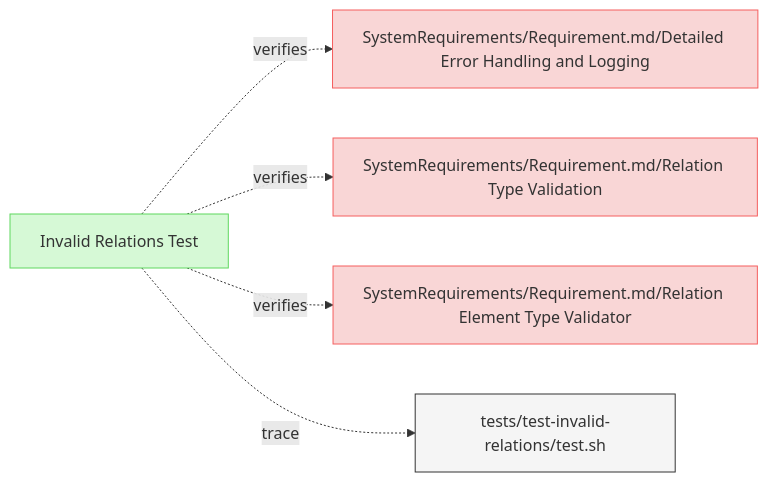
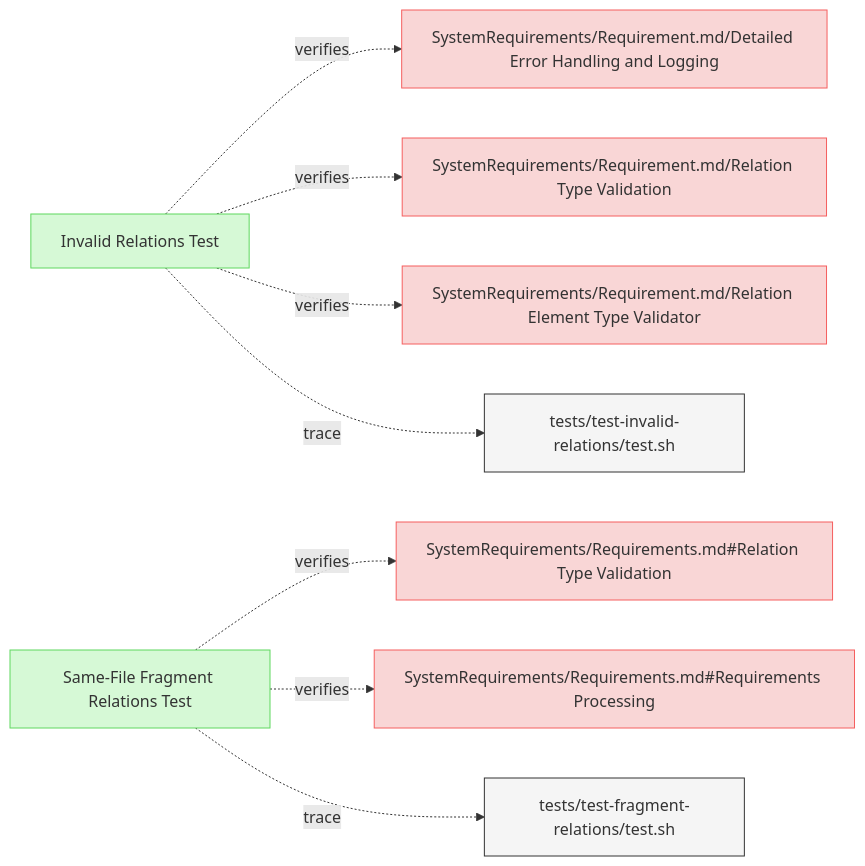
The diagram in specifications/Verifications/ValidationTests.md (reqvire-org/reqvire), drawn with Mermaid before and after one commit. The commit also changed other lines of this file and 3 other files, not shown here.

````diff
--- a/specifications/Verifications/ValidationTests.md
+++ b/specifications/Verifications/ValidationTests.md
@@ -6,28 +6,44 @@
 ```mermaid
 graph LR;
   %% Graph styling
   classDef requirement fill:#f9d6d6,stroke:#f55f5f,stroke-width:1px;
   classDef verification fill:#d6f9d6,stroke:#5fd75f,stroke-width:1px;
   classDef externalLink fill:#d0e0ff,stroke:#3080ff,stroke-width:1px;
   classDef default fill:#f5f5f5,stroke:#333333,stroke-width:1px;
 
   fbf9362574b057dd["Invalid Relations Test"];
   click fbf9362574b057dd "ValidationTests.md#invalid-relations-test";
   class fbf9362574b057dd verification;
   bdfd9d65e46117e7["SystemRequirements/Requirement.md/Detailed Error Handling and Logging"];
   class bdfd9d65e46117e7 requirement;
   click bdfd9d65e46117e7 "../SystemRequirements/Requirements.md#detailed-error-handling-and-logging";
   fbf9362574b057dd -.->|verifies| bdfd9d65e46117e7;
   5870488e00ee4f36["SystemRequirements/Requirement.md/Relation Type Validation"];
   class 5870488e00ee4f36 requirement;
   click 5870488e00ee4f36 "../SystemRequirements/Requirements.md#relation-type-validation";
   fbf9362574b057dd -.->|verifies| 5870488e00ee4f36;
   212d1317cd2b25fc["SystemRequirements/Requirement.md/Relation Element Type Validator"];
   class 212d1317cd2b25fc requirement;
   click 212d1317cd2b25fc "../SystemRequirements/Requirements.md#relation-element-type-validator";
   fbf9362574b057dd -.->|verifies| 212d1317cd2b25fc;
   c86fd6ece7a8668a["tests/test-invalid-relations/test.sh"];
   class c86fd6ece7a8668a default;
   click c86fd6ece7a8668a "../../tests/test-invalid-relations/test.sh";
   fbf9362574b057dd -.->|trace| c86fd6ece7a8668a;
+  
+  fragment_relations_test["Same-File Fragment Relations Test"];
+  click fragment_relations_test "ValidationTests.md#same-file-fragment-relations-test";
+  class fragment_relations_test verification;
+  frag_req_validation["SystemRequirements/Requirements.md#Relation Type Validation"];
+  class frag_req_validation requirement;
+  click frag_req_validation "../SystemRequirements/Requirements.md#relation-type-validation";
+  fragment_relations_test -.->|verifies| frag_req_validation;
+  frag_req_processing["SystemRequirements/Requirements.md#Requirements Processing"];
+  class frag_req_processing requirement;
+  click frag_req_processing "../SystemRequirements/Requirements.md#requirements-processing";
+  fragment_relations_test -.->|verifies| frag_req_processing;
+  frag_test_script["tests/test-fragment-relations/test.sh"];
+  class frag_test_script default;
+  click frag_test_script "../../tests/test-fragment-relations/test.sh";
+  fragment_relations_test -.->|trace| frag_test_script;
 ```
````
